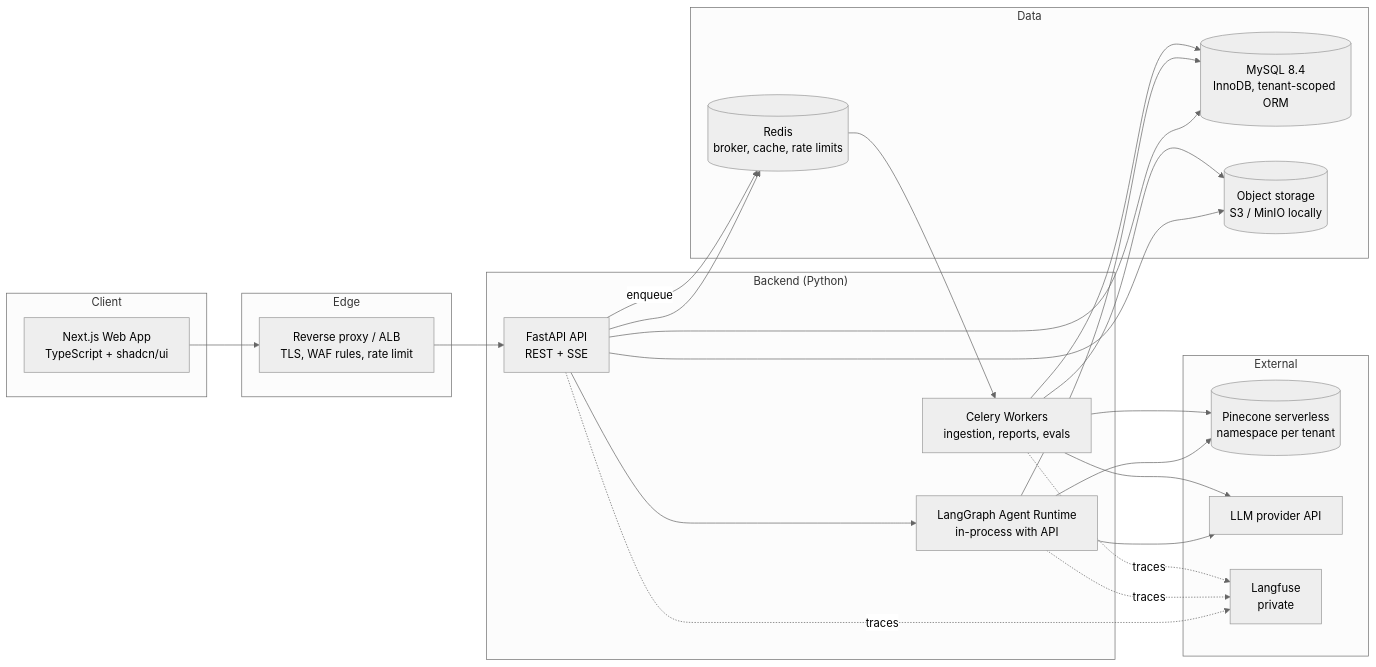
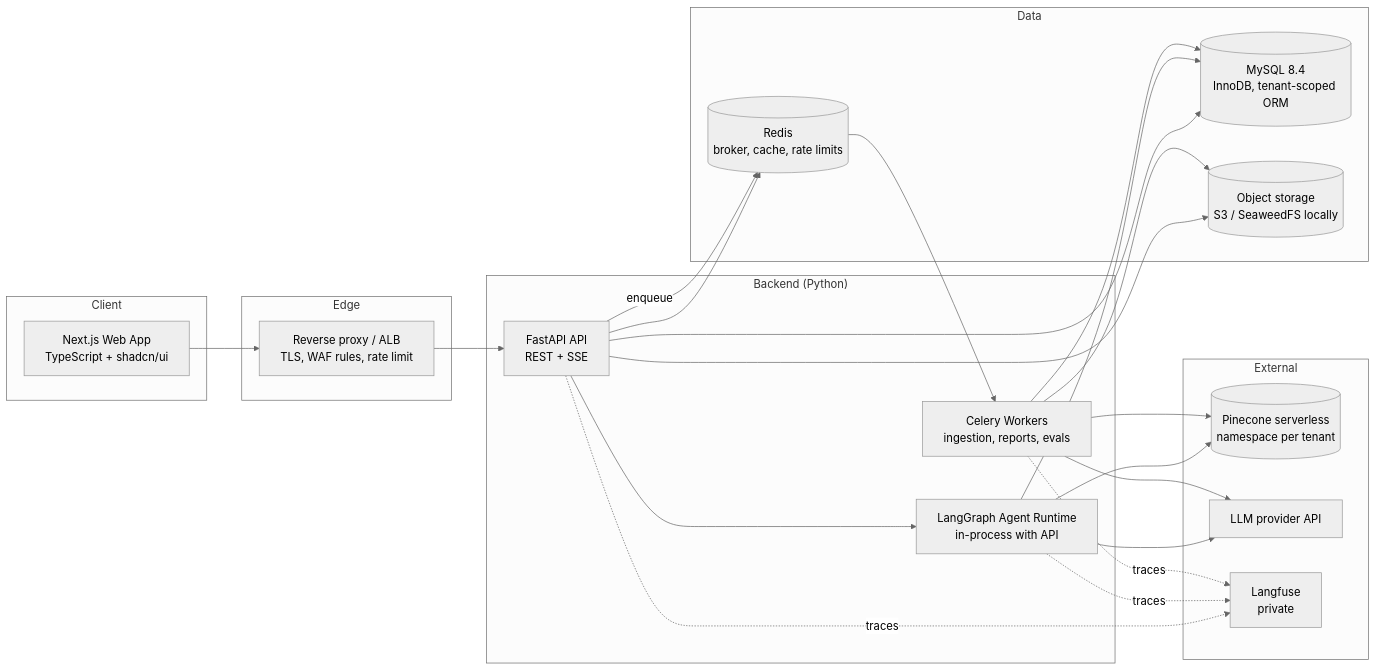
One commit to prabhakar124/Office-Mates changed the first of 3 diagrams in docs/BLUEPRINT.md. Above: the diagram before and after it, drawn with Mermaid (neutral theme). The commit also changed other lines of this file and 18 other files, not shown here.

````diff
--- a/docs/BLUEPRINT.md
+++ b/docs/BLUEPRINT.md
@@ -94,31 +95,31 @@
 ```mermaid
 flowchart LR
   subgraph Client
     W[Next.js Web App<br/>TypeScript + shadcn/ui]
   end
   subgraph Edge
     RP[Reverse proxy / ALB<br/>TLS, WAF rules, rate limit]
   end
   subgraph Backend["Backend (Python)"]
     API[FastAPI API<br/>REST + SSE]
     AG[LangGraph Agent Runtime<br/>in-process with API]
     WK[Celery Workers<br/>ingestion, reports, evals]
   end
   subgraph Data
     PG[(MySQL 8.4<br/>InnoDB, tenant-scoped ORM)]
     RD[(Redis<br/>broker, cache, rate limits)]
-    S3[(Object storage<br/>S3 / MinIO locally)]
+    S3[(Object storage<br/>S3 / SeaweedFS locally)]
   end
   subgraph External
     QD[(Pinecone serverless<br/>namespace per tenant)]
     LLM[LLM provider API]
     LF[Langfuse<br/>private]
   end
   W --> RP --> API
   API --> AG
   API --> PG & RD & S3
   AG --> QD & PG & LLM
   API -- enqueue --> RD --> WK
   WK --> PG & QD & S3 & LLM
   API & AG & WK -. traces .-> LF
 ```
````
